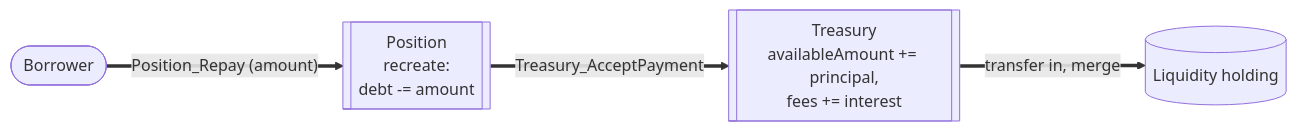
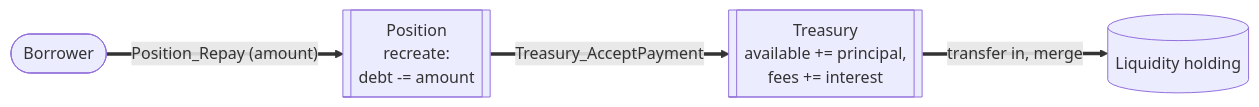
The fourth of 7 diagrams in docs/reference-architectures/lending.md (OpenZeppelin/canton-specs), drawn with Mermaid before and after one commit. The commit also changed other lines of this file, not shown here.

````diff
--- a/docs/reference-architectures/lending.md
+++ b/docs/reference-architectures/lending.md
@@ -301,11 +301,11 @@
 ```mermaid
 flowchart LR
     Borrower([Borrower])
     Position[["Position<br/>recreate:<br/>debt -= amount"]]
-    Treasury[["Treasury<br/>availableAmount += principal,<br/>fees += interest"]]
+    Treasury[["Treasury<br/>available += principal,<br/>fees += interest"]]
     Liquidity[("Liquidity holding")]
 
     Borrower ==>|"Position_Repay (amount)"| Position
     Position ==>|"Treasury_AcceptPayment"| Treasury
     Treasury ==>|"transfer in, merge"| Liquidity
 ```
````
